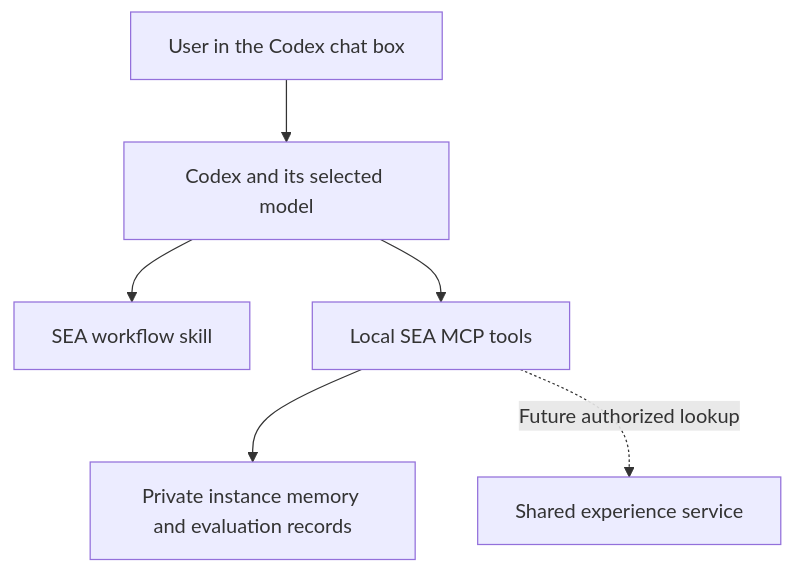
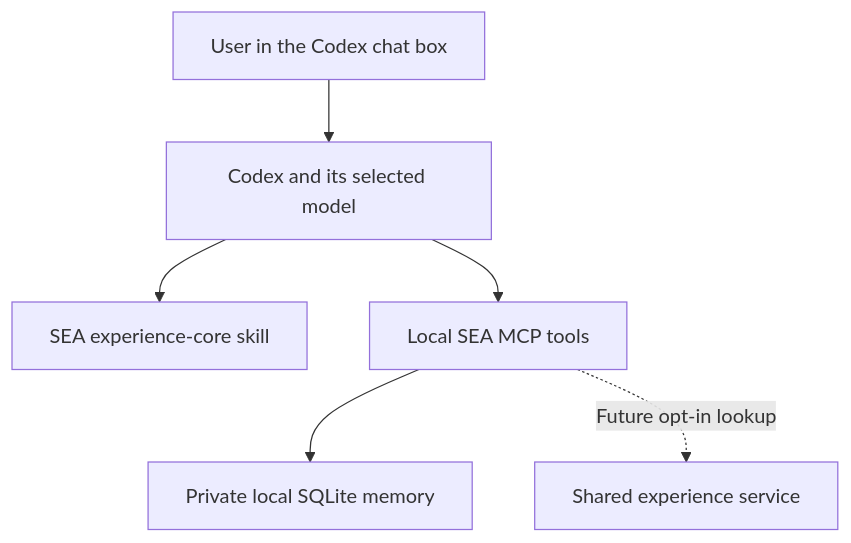
The diagram in docs/codex-chat.md (Siyezzz/SEA), drawn with Mermaid before and after one commit. The commit also changed other lines of this file and 9 other files, not shown here.

````diff
--- a/docs/codex-chat.md
+++ b/docs/codex-chat.md
@@ -21,8 +15,8 @@
 ```mermaid
 flowchart TD
     U[User in the Codex chat box] --> C[Codex and its selected model]
-    C --> S[SEA workflow skill]
+    C --> S[SEA experience-core skill]
     C --> M[Local SEA MCP tools]
-    M --> D[Private instance memory and evaluation records]
-    M -. Future authorized lookup .-> R[Shared experience service]
+    M --> D[Private local SQLite memory]
+    M -. Future opt-in lookup .-> R[Shared experience service]
 ```
````
